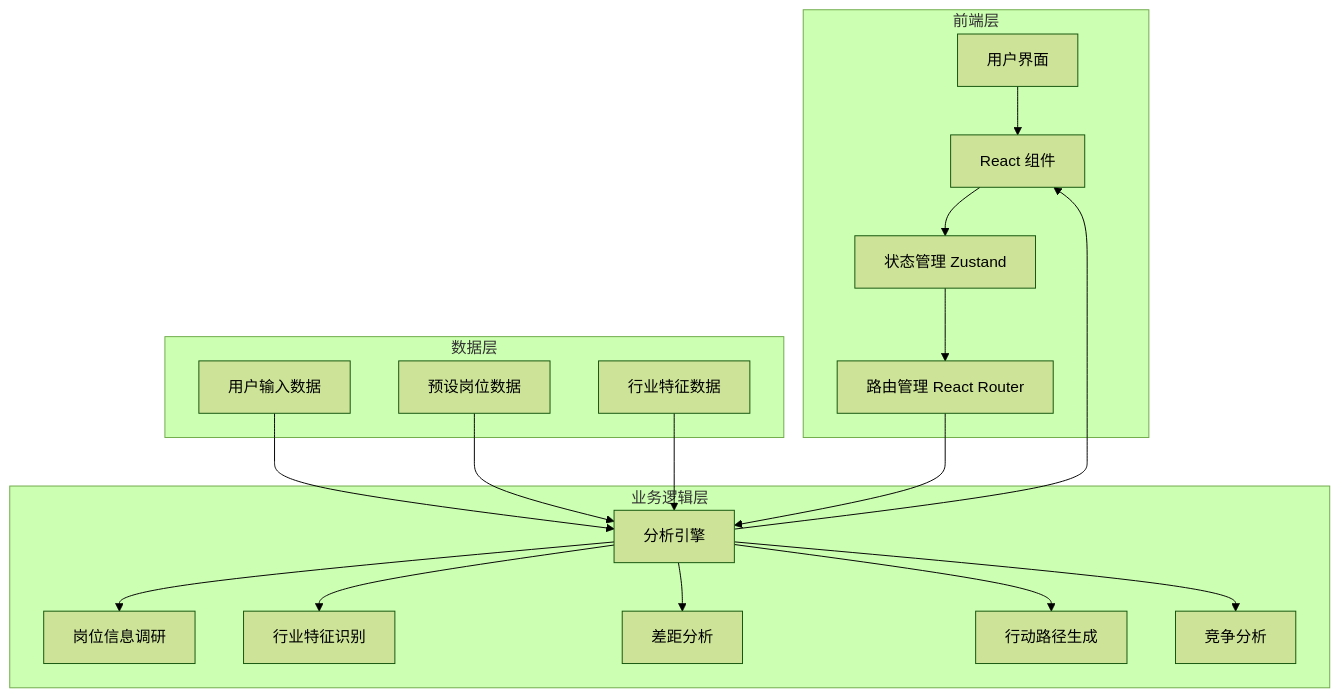
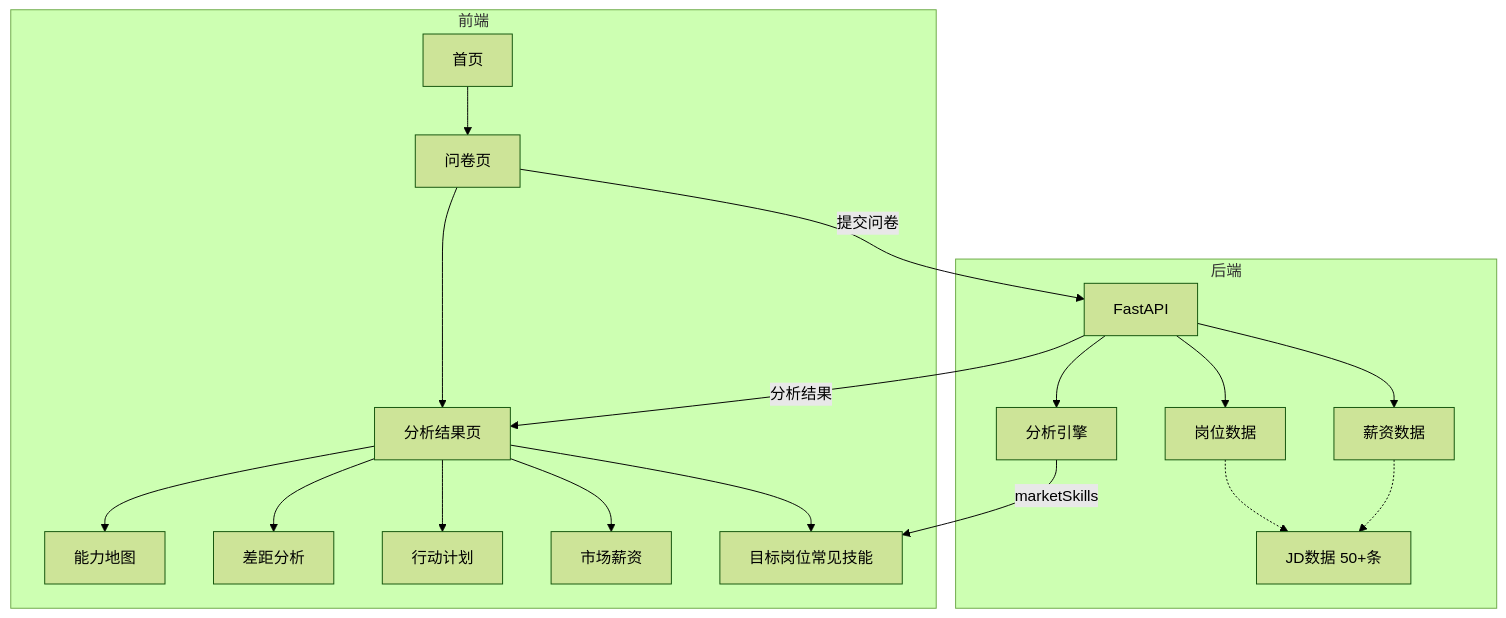
Before and after one commit to Ryan-shangzhi/career-planning-agent: the first of 2 diagrams in README.md, drawn with Mermaid (forest theme). The commit also changed other lines of this file, not shown here.

Commit message:
docs: rewrite README with realistic description and mermaid diagrams

````diff
--- a/README.md
+++ b/README.md
@@ -37,25 +17,24 @@
 ```mermaid
 flowchart TD
-    subgraph 前端层
-        A[用户界面] --> B[React 组件]
-        B --> C[状态管理 Zustand]
-        C --> D[路由管理 React Router]
+    subgraph 前端
+        A[首页] --> B[问卷页]
+        B --> C[分析结果页]
+        C --> D[能力地图]
+        C --> E[差距分析]
+        C --> F[行动计划]
+        C --> G[市场薪资]
+        C --> H[目标岗位常见技能]
     end
-    
-    subgraph 业务逻辑层
-        E[分析引擎] --> F[岗位信息调研]
-        E --> G[行业特征识别]
-        E --> H[差距分析]
-        E --> I[行动路径生成]
-        E --> J[竞争分析]
+
+    subgraph 后端
+        I[FastAPI] --> J[岗位数据]
+        I --> K[薪资数据]
+        I --> L[分析引擎]
+        J -.-> M[JD数据 50+条]
+        K -.-> M
     end
-    
-    subgraph 数据层
-        K[用户输入数据] --> E
-        L[预设岗位数据] --> E
-        M[行业特征数据] --> E
-    end
-    
-    D --> E
-    E --> B
+
+    B -->|提交问卷| I
+    I -->|分析结果| C
+    L -->|marketSkills| H
 ```
````
